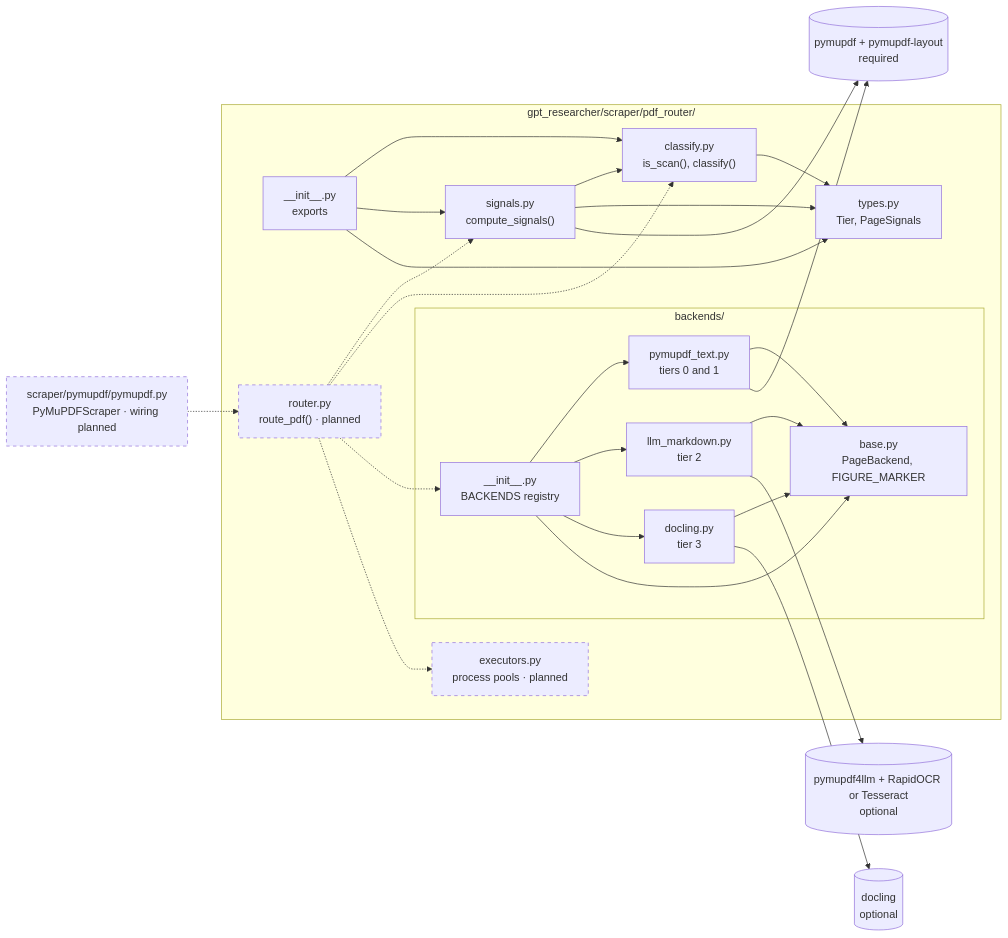
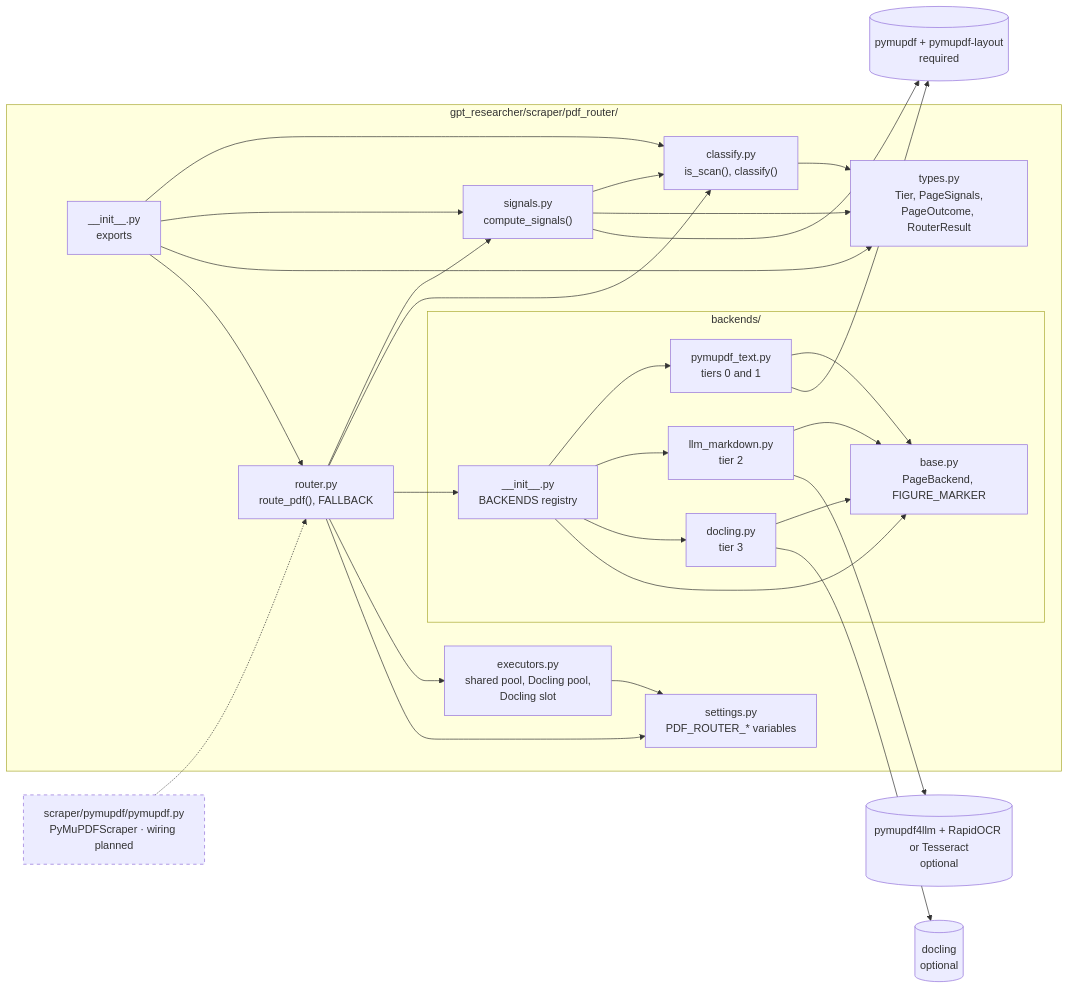
Before and after one commit to MoatasemEbrahim/gpt-researcher-with-PDF-router: the first of 10 diagrams in gpt_researcher/scraper/pdf_router/README.md, drawn with Mermaid. The commit also changed other lines of this file and 6 other files, not shown here.

First line of the commit message:
feat(scraper): add PDF page router dispatch and process pools

````diff
--- a/gpt_researcher/scraper/pdf_router/README.md
+++ b/gpt_researcher/scraper/pdf_router/README.md
@@ -9,33 +9,35 @@
 ```mermaid
 flowchart LR
     subgraph pkg["gpt_researcher/scraper/pdf_router/"]
         init["__init__.py<br/>exports"]
-        types["types.py<br/>Tier, PageSignals"]
+        types["types.py<br/>Tier, PageSignals,<br/>PageOutcome, RouterResult"]
+        settings["settings.py<br/>PDF_ROUTER_* variables"]
         signals["signals.py<br/>compute_signals()"]
         classify["classify.py<br/>is_scan(), classify()"]
-        router["router.py<br/>route_pdf() · planned"]:::planned
-        executors["executors.py<br/>process pools · planned"]:::planned
+        router["router.py<br/>route_pdf(), FALLBACK"]
+        executors["executors.py<br/>shared pool, Docling pool,<br/>Docling slot"]
         subgraph backends["backends/"]
             binit["__init__.py<br/>BACKENDS registry"]
             base["base.py<br/>PageBackend, FIGURE_MARKER"]
             text["pymupdf_text.py<br/>tiers 0 and 1"]
             llm["llm_markdown.py<br/>tier 2"]
             doc["docling.py<br/>tier 3"]
         end
     end
     scraper["scraper/pymupdf/pymupdf.py<br/>PyMuPDFScraper · wiring planned"]:::planned
 
     scraper -.-> router
-    router -.-> signals & classify & binit & executors
-    init --> classify & signals & types
+    router --> signals & classify & binit & executors & settings
+    executors --> settings
+    init --> classify & signals & types & router
     signals --> classify & types
     classify --> types
     binit --> text & llm & doc & base
     text & llm & doc --> base
     text --> pymupdf[("pymupdf + pymupdf-layout<br/>required")]
     signals --> pymupdf
     llm --> p4llm[("pymupdf4llm + RapidOCR or Tesseract<br/>optional")]
     doc --> docling[("docling<br/>optional")]
 
     classDef planned stroke-dasharray: 5 5
 ```
````
